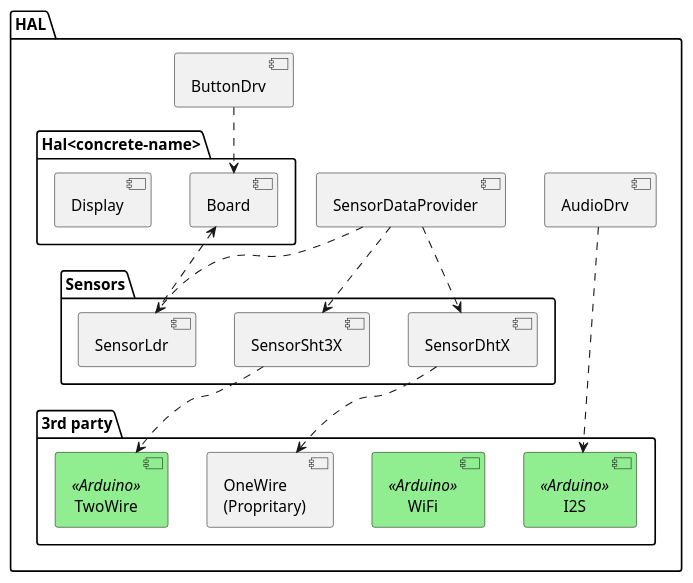
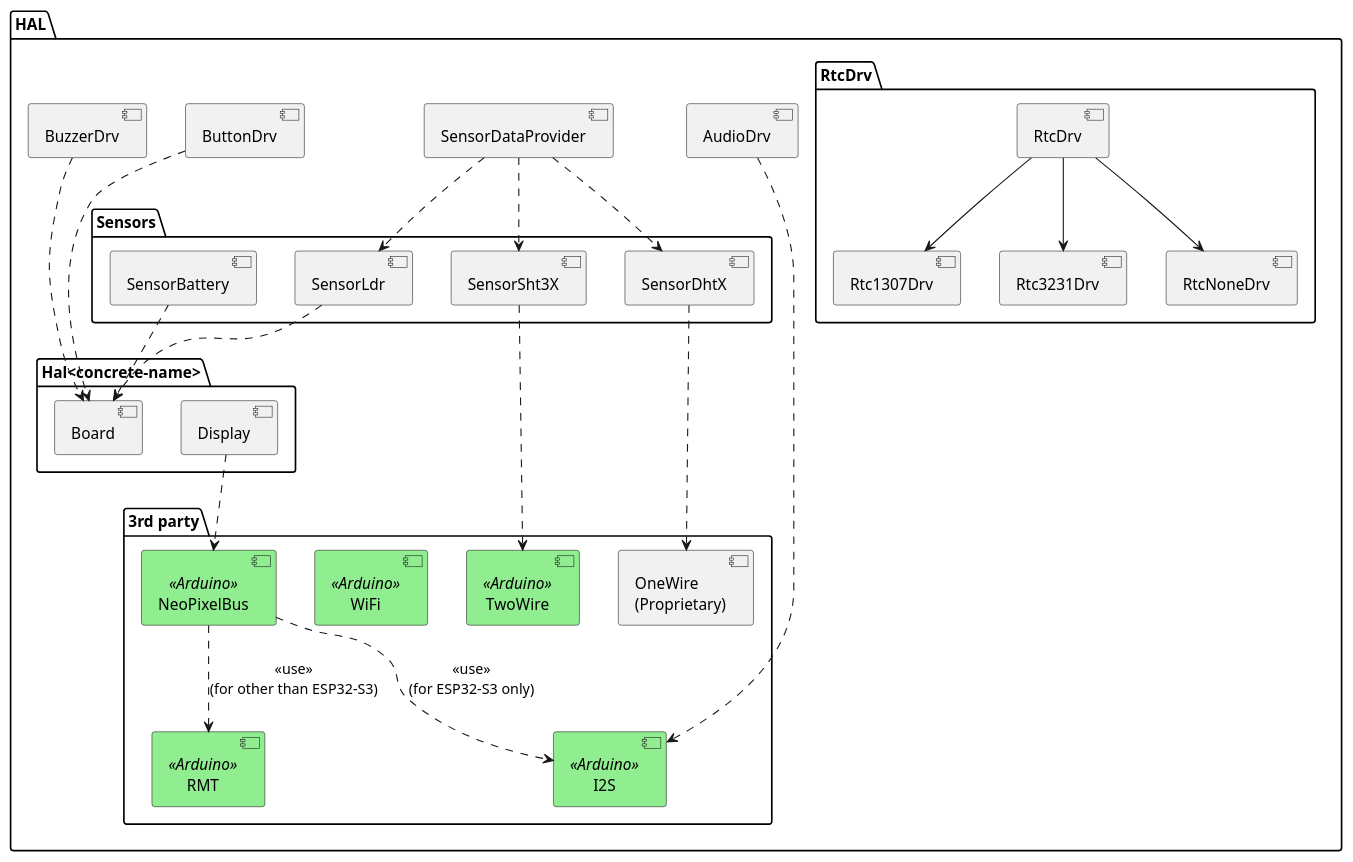
Before and after one commit to BlueAndi/Pixelix: the diagram in doc/architecture/uml/hal_layer.wsd, drawn with PlantUML. The commit also changed 247 other files, not shown here.

```diff
--- a/doc/architecture/uml/hal_layer.wsd
+++ b/doc/architecture/uml/hal_layer.wsd
@@ -1,44 +1,65 @@
 @startuml hal_layer
 
 skinparam component {
     BackgroundColor<<Arduino>> Lightgreen
     BackgroundColor<<Future>> White
 }
 
-package "HAL" {
+package "HAL" as halPckg {
 
     component "AudioDrv" as audioDrv
     component "SensorDataProvider" as sensorDataProvider
     component "ButtonDrv" as buttonDrv
+    component "BuzzerDrv" as buzzerDrv
 
-    package "Hal<concrete-name>" {
+    package "RtcDrv" as rtcDrvPckg {
+        component "Rtc1307Drv" as rtc1307Drv
+        component "Rtc3231Drv" as rtc3231Drv
+        component "RtcNoneDrv" as rtcNoneDrv
+        component "RtcDrv" as rtcDrv
+
+        rtcDrv --> rtc1307Drv
+        rtcDrv --> rtc3231Drv
+        rtcDrv --> rtcNoneDrv
+    }
+
+    package "Hal<concrete-name>" as halConcretePckg {
         component "Display" as display
         component "Board" as board
     }
 
-    package "3rd party" as hal3rdParty {
+    package "3rd party" as hal3rdPartyPckg {
 
+        component "NeoPixelBus" <<Arduino>> as neoPixelBus
         component "TwoWire" <<Arduino>> as twoWire
         component "WiFi" <<Arduino>> as wifi
-        component "OneWire\n(Propritary)" as oneWire
+        component "OneWire\n(Proprietary)" as oneWire
         component "I2S" <<Arduino>> as i2s
+        component "RMT" <<Arduino>> as rmt
     }
 
-    package Sensors {
+    package "Sensors" as sensorsPckg {
+        component "SensorBattery" as sensorBattery
         component "SensorDhtX" as sensorDhtX
         component "SensorLdr" as sensorLdr
         component "SensorSht3X" as sensorSht3X
     }
 
-    audioDrv ...> i2s
+    display ..> neoPixelBus
+    neoPixelBus ..> rmt: <<use>>\n(for other than ESP32-S3)
+    neoPixelBus ..> i2s: <<use>>\n(for ESP32-S3 only)
+
+    audioDrv .....> i2s
     sensorDataProvider ..> sensorSht3X
     sensorDataProvider ..> sensorDhtX
     sensorDataProvider ..> sensorLdr
-    buttonDrv ..> board
+    buttonDrv ...> board
+    buzzerDrv ...> board
 
+    sensorBattery ..> board
     sensorSht3X ..> twoWire
     sensorDhtX ..> oneWire
-    sensorLdr .u.> board
+    sensorLdr ..> board
 }
 
 @enduml
```
